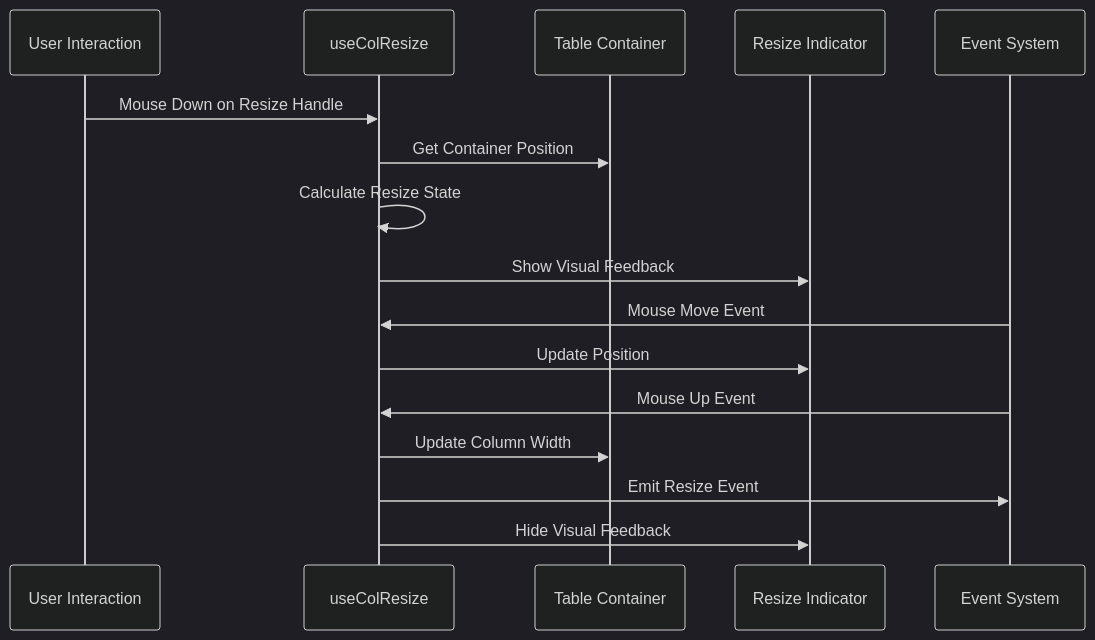
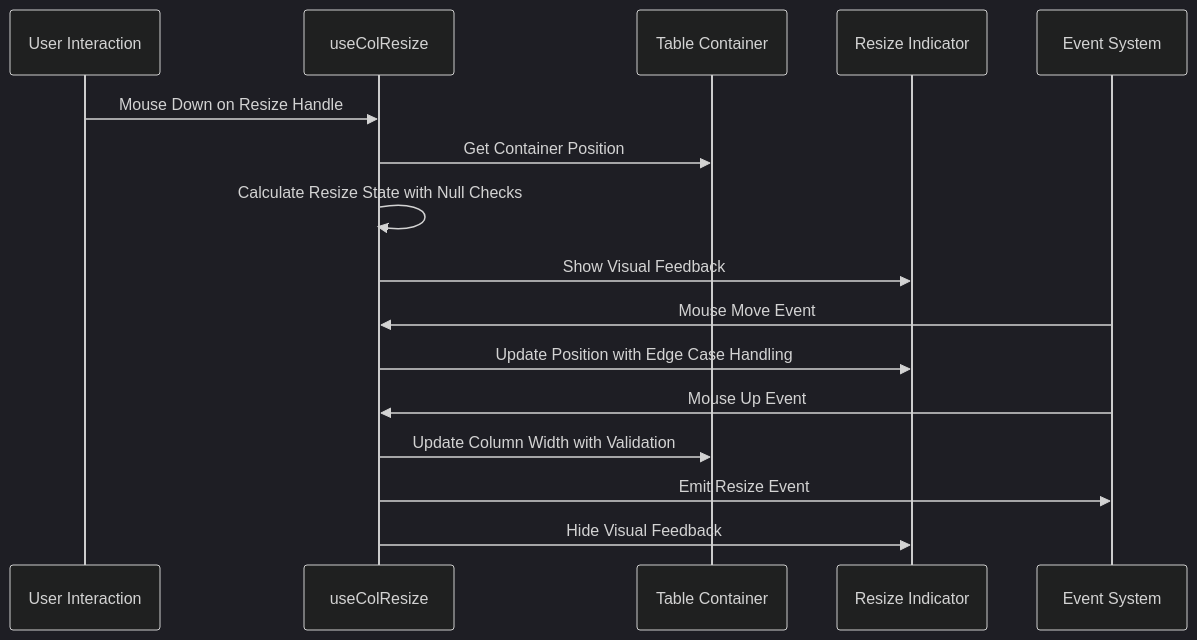
The third of 7 diagrams in .qoder/repowiki/en/content/Column Management System.md (ja-plus/stk-table-vue), drawn with Mermaid (dark theme) before and after one commit. The commit also changed other lines of this file and 3 other files, not shown here.

````diff
--- a/.qoder/repowiki/en/content/Column Management System.md
+++ b/.qoder/repowiki/en/content/Column Management System.md
@@ -118,18 +134,18 @@
 ```mermaid
 sequenceDiagram
 participant User as User Interaction
 participant ResizeHook as useColResize
 participant Table as Table Container
 participant Indicator as Resize Indicator
 participant Events as Event System
 User->>ResizeHook : Mouse Down on Resize Handle
 ResizeHook->>Table : Get Container Position
-ResizeHook->>ResizeHook : Calculate Resize State
+ResizeHook->>ResizeHook : Calculate Resize State with Null Checks
 ResizeHook->>Indicator : Show Visual Feedback
 Events->>ResizeHook : Mouse Move Event
-ResizeHook->>Indicator : Update Position
+ResizeHook->>Indicator : Update Position with Edge Case Handling
 Events->>ResizeHook : Mouse Up Event
-ResizeHook->>Table : Update Column Width
+ResizeHook->>Table : Update Column Width with Validation
 ResizeHook->>Events : Emit Resize Event
 ResizeHook->>Indicator : Hide Visual Feedback
 ```
````
